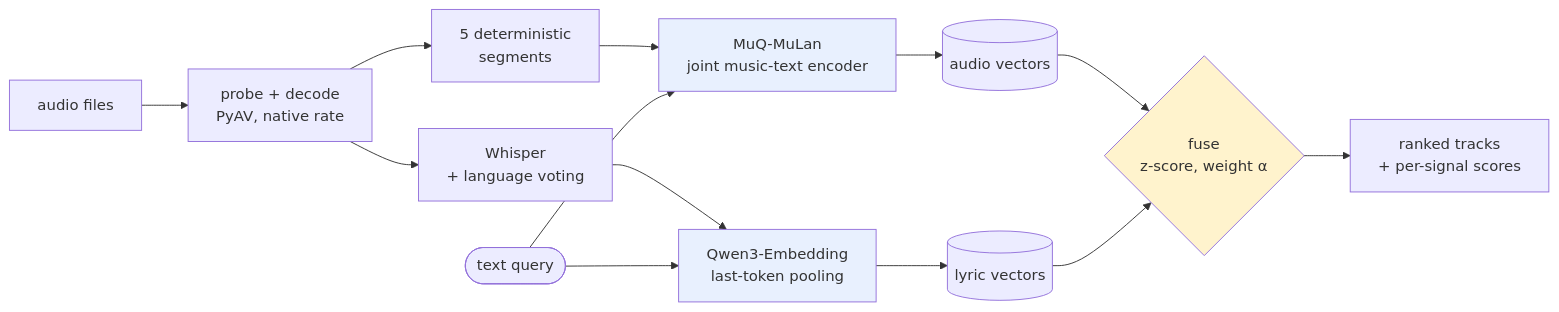
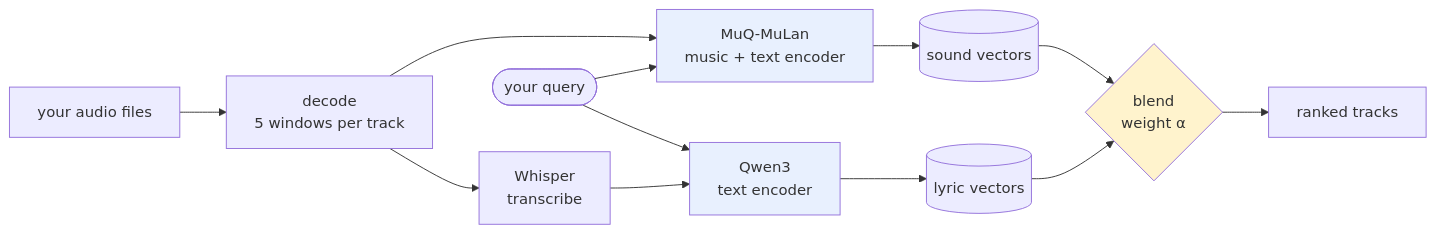
One commit to hgn2108/aux changed the diagram in README.md. Above: the diagram before and after it, drawn with Mermaid. The commit also changed other lines of this file, not shown here.

````diff
--- a/README.md
+++ b/README.md
@@ -183,22 +26,21 @@
 ```mermaid
 flowchart LR
-    A[audio files] --> B[probe + decode<br/>PyAV, native rate]
-    B --> C[5 deterministic<br/>segments]
-    C --> D[MuQ-MuLan<br/>joint music-text encoder]
-    D --> E[(audio vectors)]
+    A[your audio files] --> B[decode<br/>5 windows per track]
+    B --> C[MuQ-MuLan<br/>music + text encoder]
+    C --> E[(sound vectors)]
 
-    B --> F[Whisper<br/>+ language voting]
-    F --> G[Qwen3-Embedding<br/>last-token pooling]
+    B --> F[Whisper<br/>transcribe]
+    F --> G[Qwen3<br/>text encoder]
     G --> H[(lyric vectors)]
 
-    I([text query]) --> D
+    I([your query]) --> C
     I --> G
 
-    E --> J{fuse<br/>z-score, weight α}
+    E --> J{blend<br/>weight α}
     H --> J
-    J --> K[ranked tracks<br/>+ per-signal scores]
+    J --> K[ranked tracks]
 
-    style D fill:#e8f0fe
+    style C fill:#e8f0fe
     style G fill:#e8f0fe
     style J fill:#fff3cd
 ```
````
